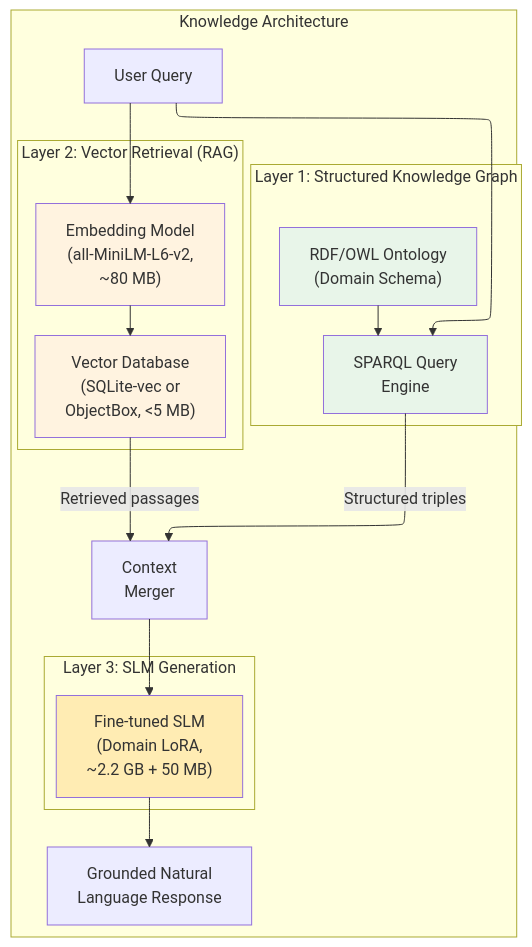
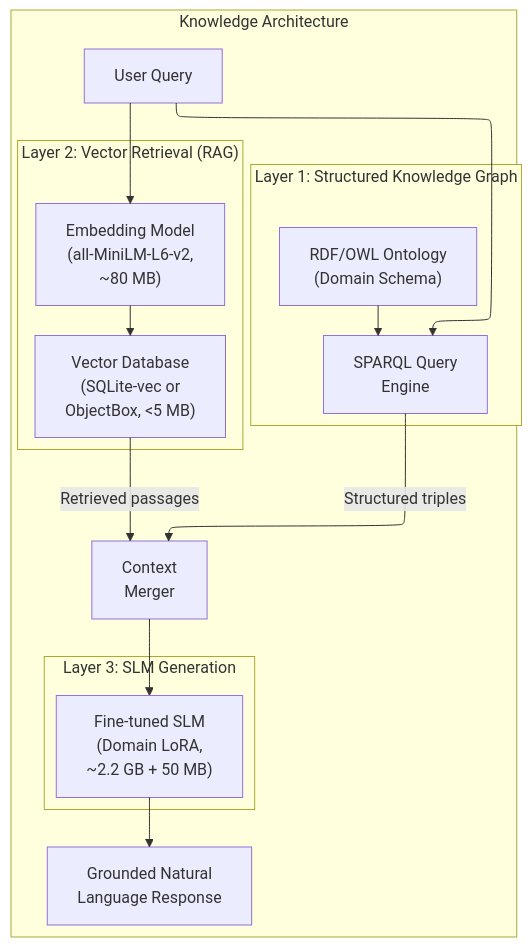
The eighth of 18 diagrams in Centaurian_Hybrid_Architecture_v3.md (JustForCodin/Centaurian_Architecture_Implementation), drawn with Mermaid before and after one commit. The commit also changed other lines of this file, not shown here.

First line of the commit message:
v3 paper: node-graph rendering, Phase 1/2 domain split, persona-coherence reframe

````diff
--- a/Centaurian_Hybrid_Architecture_v3.md
+++ b/Centaurian_Hybrid_Architecture_v3.md
@@ -958,30 +936,25 @@
 ```mermaid
 %%{init: {"flowchart": {"defaultRenderer": "elk"}} }%%
 graph TD
     subgraph "Knowledge Architecture"
         subgraph "Layer 1: Structured Knowledge Graph"
             KG["RDF/OWL Ontology<br/>(Domain Schema)"]
             SPARQL["SPARQL Query<br/>Engine"]
             KG --> SPARQL
         end
         subgraph "Layer 2: Vector Retrieval (RAG)"
             EMBED["Embedding Model<br/>(all-MiniLM-L6-v2,<br/>~80 MB)"]
             VDB["Vector Database<br/>(SQLite-vec or<br/>ObjectBox, <5 MB)"]
             EMBED --> VDB
         end
         subgraph "Layer 3: SLM Generation"
             SLM_G["Fine-tuned SLM<br/>(Domain LoRA,<br/>~2.2 GB + 50 MB)"]
         end
         QUERY["User Query"] --> SPARQL
         QUERY --> EMBED
         SPARQL -->|"Structured triples"| MERGE["Context<br/>Merger"]
         VDB -->|"Retrieved passages"| MERGE
         MERGE --> SLM_G
         SLM_G --> OUTPUT["Grounded Natural<br/>Language Response"]
     end
-    style KG fill:#e8f5e9
-    style SPARQL fill:#e8f5e9
-    style EMBED fill:#fff3e0
-    style VDB fill:#fff3e0
-    style SLM_G fill:#ffecb3
 ```
````
